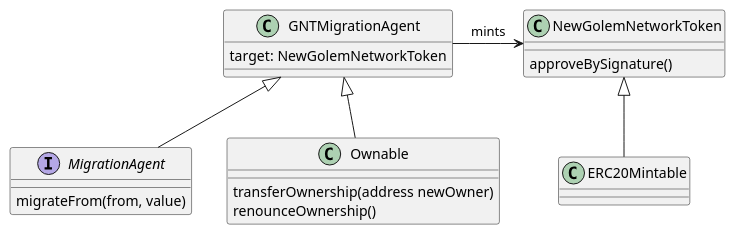
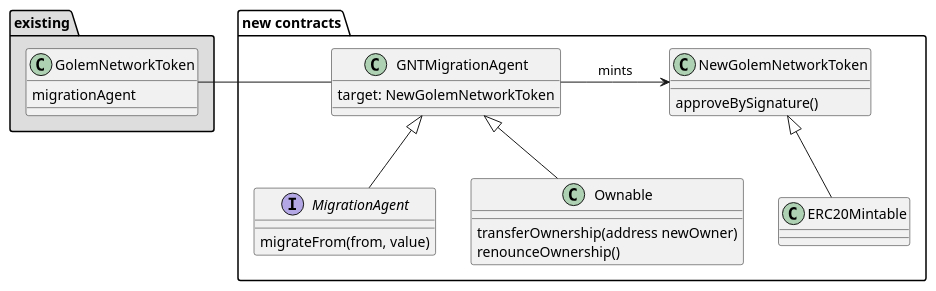
Before and after one commit to golemfactory/gnt2: the diagram in notes/contract_design.puml, drawn with PlantUML. The commit also changed 5 other files, not shown here.

Commit message:
Additional diagrams for migration.

```diff
--- a/notes/contract_design.puml
+++ b/notes/contract_design.puml
@@ -1,30 +1,41 @@
 @startuml
 
 
-interface MigrationAgent {
-    migrateFrom(from, value)
+package existing #DDDDDD {
+    class GolemNetworkToken {
+        migrationAgent
+    }
 }
 
-class Ownable {
-  transferOwnership(address newOwner)
-  renounceOwnership()
+package "new contracts" {
+
+    GolemNetworkToken - GNTMigrationAgent
+
+    interface MigrationAgent {
+        migrateFrom(from, value)
+    }
+
+    class Ownable {
+      transferOwnership(address newOwner)
+      renounceOwnership()
+    }
+
+    class GNTMigrationAgent {
+        target: NewGolemNetworkToken
+    }
+
+    GNTMigrationAgent -> NewGolemNetworkToken : mints
+    GNTMigrationAgent <|-- MigrationAgent
+    GNTMigrationAgent <|-- Ownable
+
+    class ERC20Mintable {
+    }
+
+    class NewGolemNetworkToken {
+        approveBySignature()
+    }
+
+    NewGolemNetworkToken <|-- ERC20Mintable
 }
 
-class GNTMigrationAgent {
-    target: NewGolemNetworkToken
-}
-
-GNTMigrationAgent -> NewGolemNetworkToken : mints
-GNTMigrationAgent <|-- MigrationAgent
-GNTMigrationAgent <|-- Ownable
-
-class ERC20Mintable {
-}
-
-class NewGolemNetworkToken {
-    approveBySignature()
-}
-
-NewGolemNetworkToken <|-- ERC20Mintable
-
 @enduml
```
